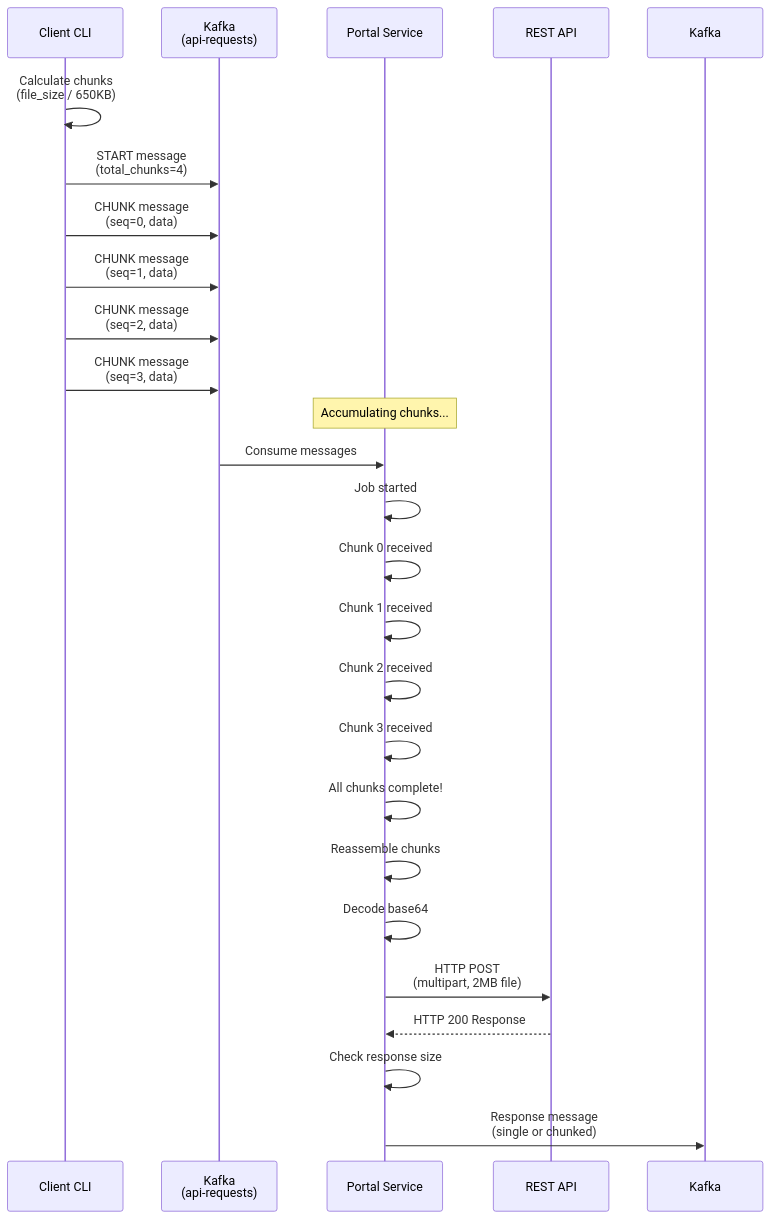
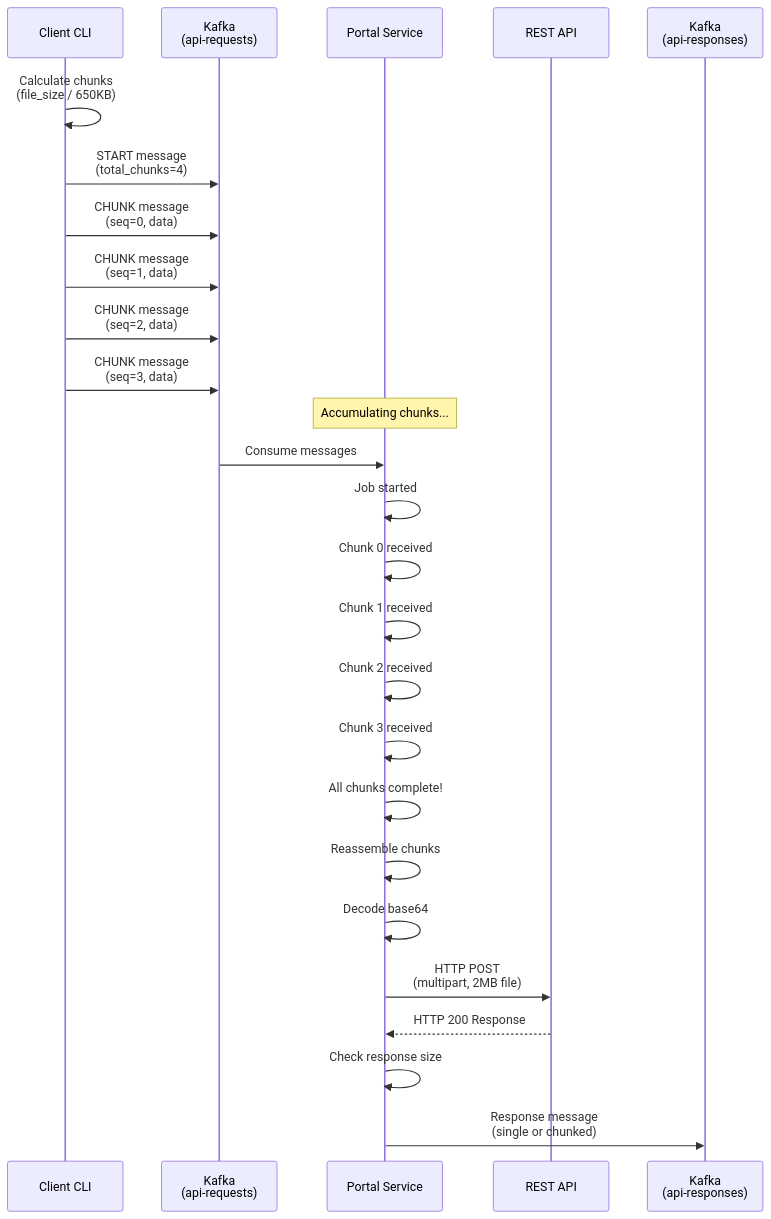
Before and after one commit to oshea00/kafkasend: the sixth of 11 diagrams in PROTOCOL.md, drawn with Mermaid. The commit also changed other lines of this file, not shown here.

Commit message:
Diagram updates

````diff
--- a/PROTOCOL.md
+++ b/PROTOCOL.md
@@ -357,30 +357,31 @@
 ```mermaid
 sequenceDiagram
     participant C as Client CLI
     participant KR as Kafka<br/>(api-requests)
     participant P as Portal Service
     participant A as REST API
+    participant KS as Kafka<br/>(api-responses)
 
     C->>C: Calculate chunks<br/>(file_size / 650KB)
     C->>KR: START message<br/>(total_chunks=4)
     C->>KR: CHUNK message<br/>(seq=0, data)
     C->>KR: CHUNK message<br/>(seq=1, data)
     C->>KR: CHUNK message<br/>(seq=2, data)
     C->>KR: CHUNK message<br/>(seq=3, data)
 
     Note over P: Accumulating chunks...
     KR->>P: Consume messages
     P->>P: Job started
     P->>P: Chunk 0 received
     P->>P: Chunk 1 received
     P->>P: Chunk 2 received
     P->>P: Chunk 3 received
     P->>P: All chunks complete!
 
     P->>P: Reassemble chunks
     P->>P: Decode base64
     P->>A: HTTP POST<br/>(multipart, 2MB file)
     A-->>P: HTTP 200 Response
     P->>P: Check response size
-    P->>Kafka: Response message<br/>(single or chunked)
+    P->>KS: Response message<br/>(single or chunked)
 ```
````
